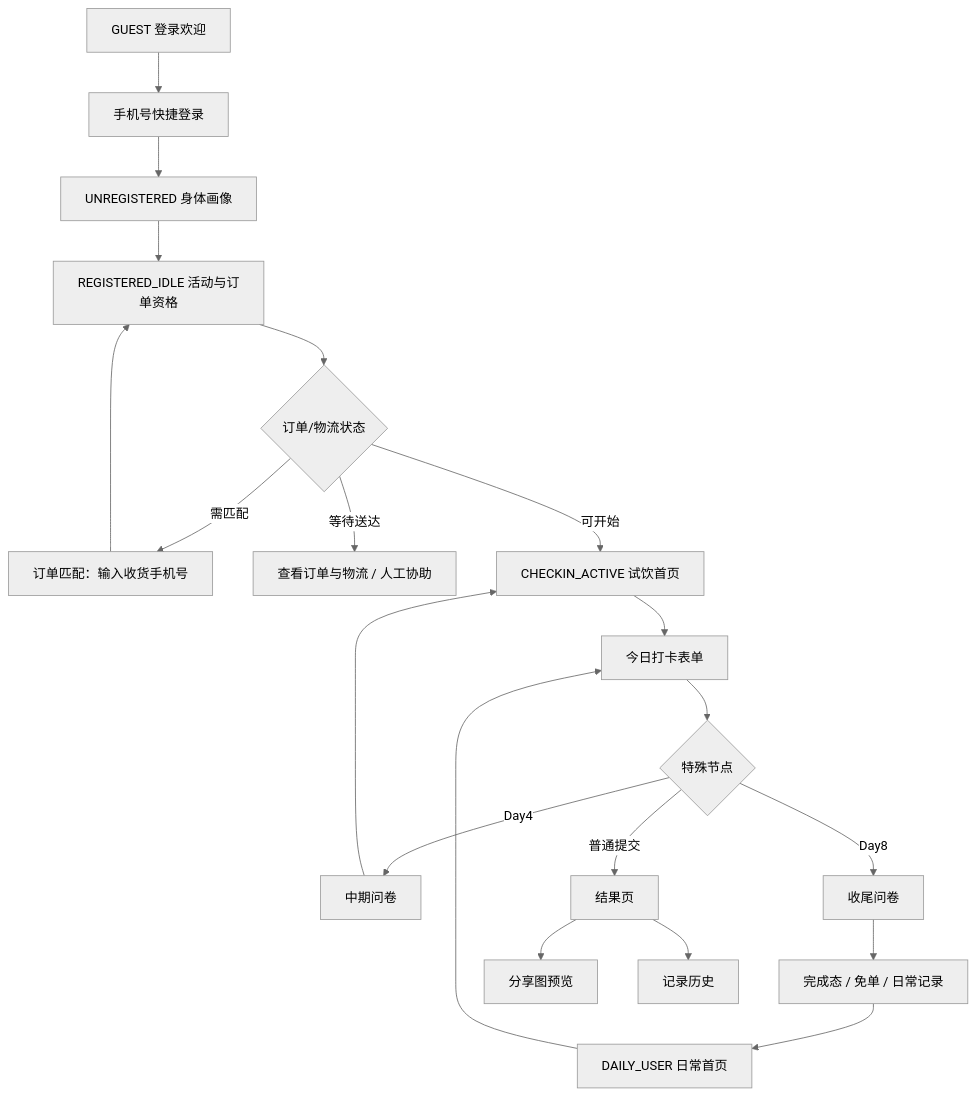
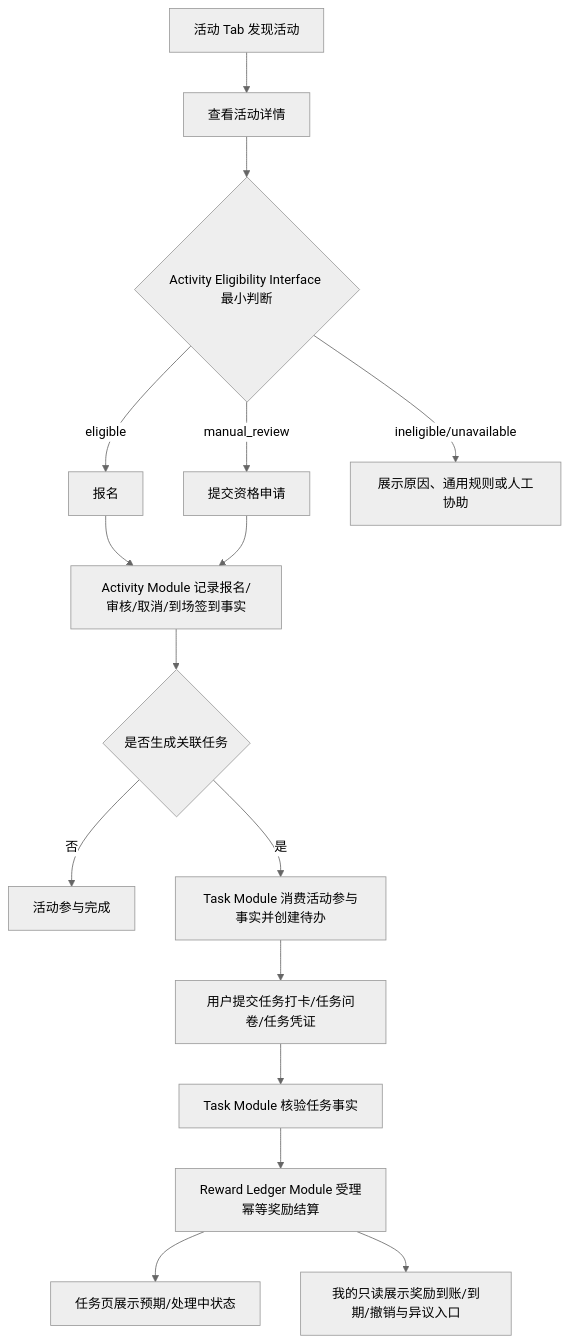
The third of 4 diagrams in docs/design.md (rijay/root), drawn with Mermaid (neutral theme) before and after one commit. The commit also changed other lines of this file and 84 other files, not shown here.

````diff
--- a/docs/design.md
+++ b/docs/design.md
@@ -76,22 +324,18 @@
 ```mermaid
 flowchart TD
-  A["GUEST 登录欢迎"] --> B["手机号快捷登录"]
-  B --> C["UNREGISTERED 身体画像"]
-  C --> D["REGISTERED_IDLE 活动与订单资格"]
-  D --> E{"订单/物流状态"}
-  E -->|需匹配| F["订单匹配：输入收货手机号"]
-  F --> D
-  E -->|等待送达| G["查看订单与物流 / 人工协助"]
-  E -->|可开始| H["CHECKIN_ACTIVE 试饮首页"]
-  H --> I["今日打卡表单"]
-  I --> J{"特殊节点"}
-  J -->|Day4| K["中期问卷"]
-  J -->|Day8| L["收尾问卷"]
-  J -->|普通提交| M["结果页"]
-  K --> H
-  L --> N["完成态 / 免单 / 日常记录"]
-  M --> O["分享图预览"]
-  M --> P["记录历史"]
-  N --> Q["DAILY_USER 日常首页"]
-  Q --> I
+  A["活动 Tab 发现活动"] --> B["查看活动详情"]
+  B --> C{"Activity Eligibility Interface 最小判断"}
+  C -->|eligible| D["报名"]
+  C -->|manual_review| E["提交资格申请"]
+  C -->|ineligible/unavailable| F["展示原因、通用规则或人工协助"]
+  D --> G["Activity Module 记录报名/审核/取消/到场签到事实"]
+  E --> G
+  G --> H{"是否生成关联任务"}
+  H -->|否| I["活动参与完成"]
+  H -->|是| J["Task Module 消费活动参与事实并创建待办"]
+  J --> K["用户提交任务打卡/任务问卷/任务凭证"]
+  K --> L["Task Module 核验任务事实"]
+  L --> M["Reward Ledger Module 受理幂等奖励结算"]
+  M --> N["任务页展示预期/处理中状态"]
+  M --> O["我的只读展示奖励到账/到期/撤销与异议入口"]
 ```
````
